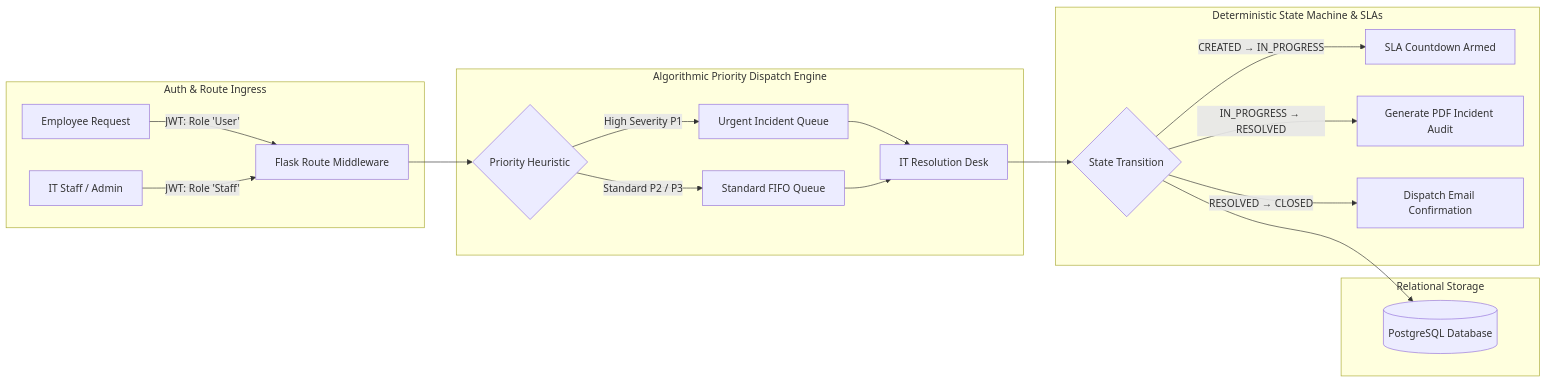
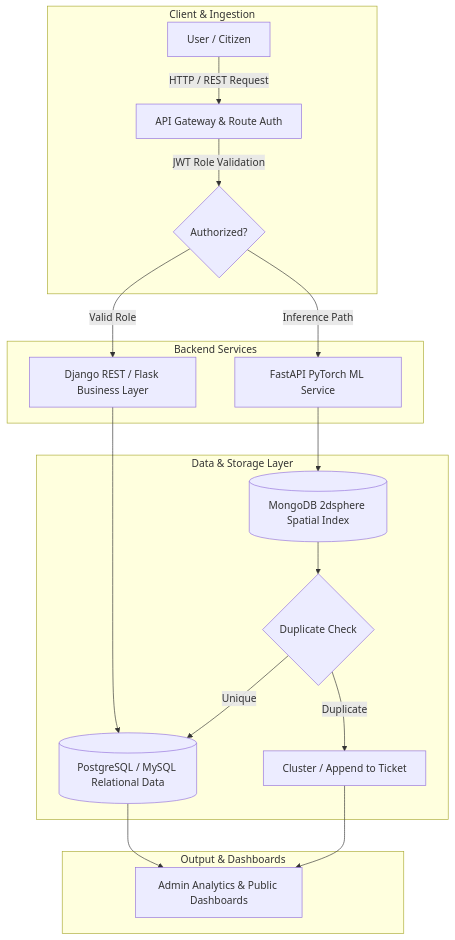
One commit to Tanish1808/Tanish1808 changed the diagram in README.md. Above: the diagram before and after it, drawn with Mermaid. The commit also changed other lines of this file, not shown here.

````diff
--- a/README.md
+++ b/README.md
@@ -194,26 +173,25 @@
 ```mermaid
-flowchart LR
-    subgraph IngressAuth ["Auth & Route Ingress"]
-        EMP[Employee Request] -->|JWT: Role 'User'| GATEWAY[Flask Route Middleware]
-        ADM[IT Staff / Admin] -->|JWT: Role 'Staff'| GATEWAY
+flowchart TD
+    subgraph ClientLayer ["Client & Ingestion"]
+        U[User / Citizen] -->|HTTP / REST Request| GW[API Gateway & Route Auth]
+        GW -->|JWT Role Validation| AUTH{Authorized?}
     end
 
-    subgraph PriorityDispatcher ["Algorithmic Priority Dispatch Engine"]
-        GATEWAY --> DISPATCH{Priority Heuristic}
-        DISPATCH -->|High Severity P1| CRITICAL[Urgent Incident Queue]
-        DISPATCH -->|Standard P2 / P3| STANDARD[Standard FIFO Queue]
-        CRITICAL --> DESK[IT Resolution Desk]
-        STANDARD --> DESK
+    subgraph BackendLayer ["Backend Services"]
+        AUTH -->|Valid Role| APP[Django REST / Flask Business Layer]
+        AUTH -->|Inference Path| ML[FastAPI PyTorch ML Service]
     end
 
-    subgraph LifecycleStateMachine ["Deterministic State Machine & SLAs"]
-        DESK --> SM{State Transition}
-        SM -->|CREATED → IN_PROGRESS| TIMER[SLA Countdown Armed]
-        SM -->|IN_PROGRESS → RESOLVED| PDF[Generate PDF Incident Audit]
-        SM -->|RESOLVED → CLOSED| MAIL[Dispatch Email Confirmation]
+    subgraph DataLayer ["Data & Storage Layer"]
+        APP --> DB[(PostgreSQL / MySQL Relational Data)]
+        ML --> GEO[(MongoDB 2dsphere Spatial Index)]
+        GEO --> DEDUP{Duplicate Check}
+        DEDUP -->|Unique| DB
+        DEDUP -->|Duplicate| MERGE[Cluster / Append to Ticket]
     end
 
-    subgraph Persistence ["Relational Storage"]
-        SM --> DB[(PostgreSQL Database)]
+    subgraph Presentation ["Output & Dashboards"]
+        DB --> DASH[Admin Analytics & Public Dashboards]
+        MERGE --> DASH
     end
 ```
````
